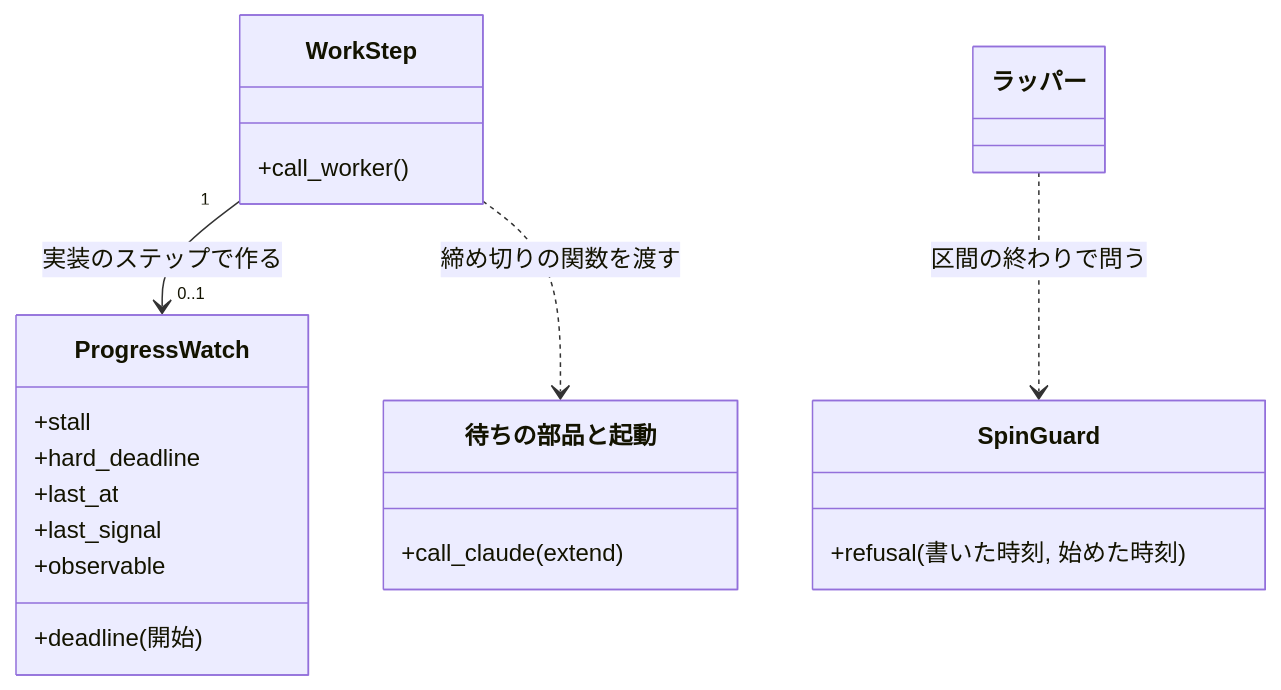
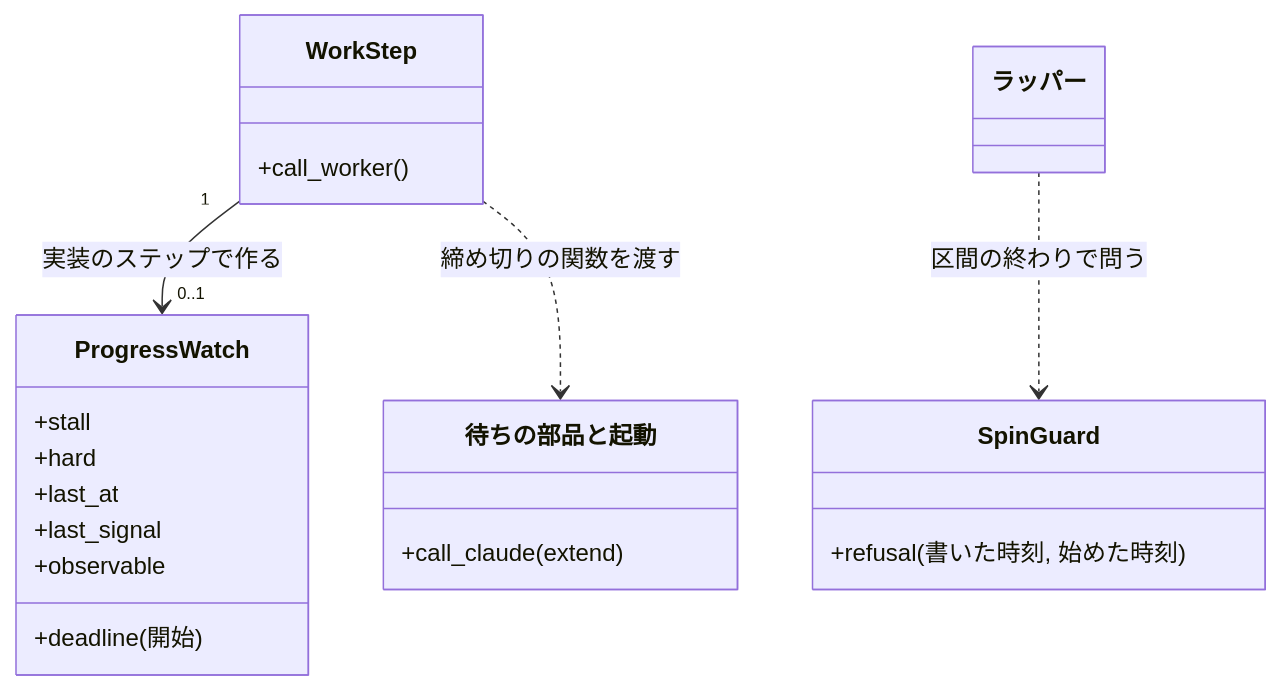
Before and after one commit to devbasex/ai-plugins: the fourth of 6 diagrams in issues/issue-2505-design.md, drawn with Mermaid. The commit also changed other lines of this file and 4 other files, not shown here.

````diff
--- a/issues/issue-2505-design.md
+++ b/issues/issue-2505-design.md
@@ -270,23 +270,23 @@
 ```mermaid
 classDiagram
     class ProgressWatch {
         +stall
-        +hard_deadline
+        +hard
         +last_at
         +last_signal
         +observable
         +deadline(開始)
     }
     class WorkStep {
         +call_worker()
     }
     class SpinGuard {
         +refusal(書いた時刻, 始めた時刻)
     }
     class 待ちの部品と起動 {
         +call_claude(extend)
     }
     WorkStep "1" --> "0..1" ProgressWatch : 実装のステップで作る
     WorkStep ..> 待ちの部品と起動 : 締め切りの関数を渡す
     ラッパー ..> SpinGuard : 区間の終わりで問う
 ```
````
